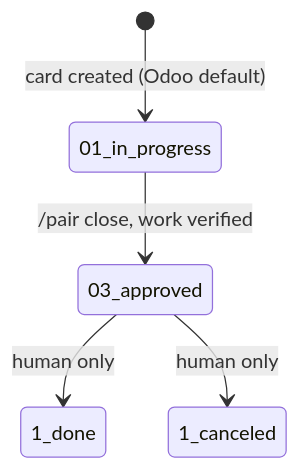
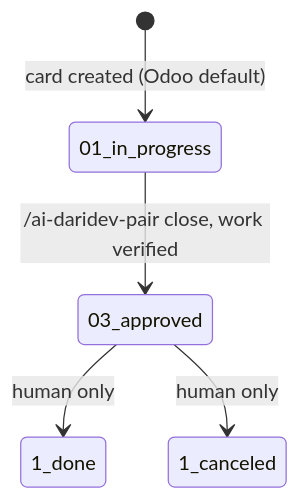
The second of 2 diagrams in docs/odoo.md (darideveloper/ai-daridev), drawn with Mermaid before and after one commit. The commit also changed 25 other files, not shown here.

````diff
--- a/docs/odoo.md
+++ b/docs/odoo.md
@@ -43,12 +43,12 @@
 ```mermaid
 stateDiagram-v2
     state "01_in_progress" as InProgress
     state "03_approved" as Approved
     state "1_done" as Done
     state "1_canceled" as Canceled
 
     [*] --> InProgress: card created (Odoo default)
-    InProgress --> Approved: /pair close, work verified
+    InProgress --> Approved: /ai-daridev-pair close, work verified
     Approved --> Done: human only
     Approved --> Canceled: human only
 ```
````
